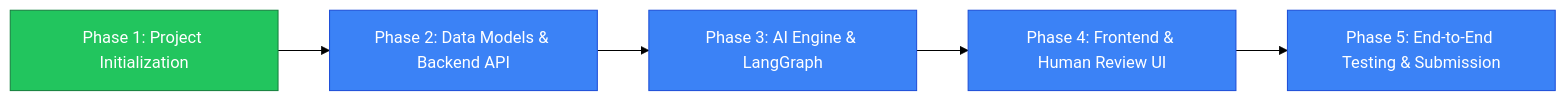
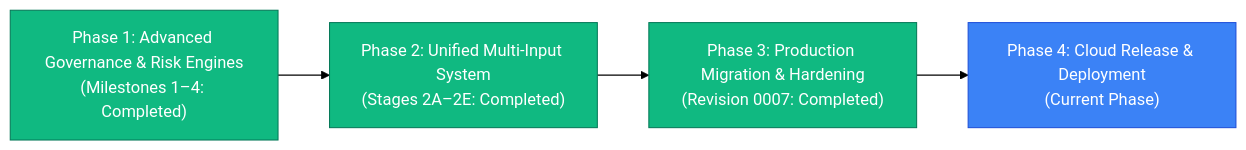
The diagram in docs/development-phases.md (singamalavinay-collab/BrandShield-AI), drawn with Mermaid (forest theme) before and after one commit. The commit also changed other lines of this file and 47 other files, not shown here.

````diff
--- a/docs/development-phases.md
+++ b/docs/development-phases.md
@@ -12,13 +11,12 @@
 ```mermaid
 flowchart LR
-    P1["Phase 1: Project Initialization"] --> P2["Phase 2: Data Models & Backend API"]
-    P2 --> P3["Phase 3: AI Engine & LangGraph"]
-    P3 --> P4["Phase 4: Frontend & Human Review UI"]
-    P4 --> P5["Phase 5: End-to-End Testing & Submission"]
+    P1["Phase 1: Advanced Governance & Risk Engines<br/>(Milestones 1–4: Completed)"] --> P2["Phase 2: Unified Multi-Input System<br/>(Stages 2A–2E: Completed)"]
+    P2 --> P3["Phase 3: Production Migration & Hardening<br/>(Revision 0007: Completed)"]
+    P3 --> P4["Phase 4: Cloud Release & Deployment<br/>(Current Phase)"]
 
-    classDef done fill:#22c55e,stroke:#15803d,color:#ffffff;
-    classDef planned fill:#3b82f6,stroke:#1d4ed8,color:#ffffff;
+    classDef done fill:#10b981,stroke:#047857,color:#ffffff;
+    classDef current fill:#3b82f6,stroke:#1d4ed8,color:#ffffff;
 
-    class P1 done;
-    class P2,P3,P4,P5 planned;
+    class P1,P2,P3 done;
+    class P4 current;
 ```
````
